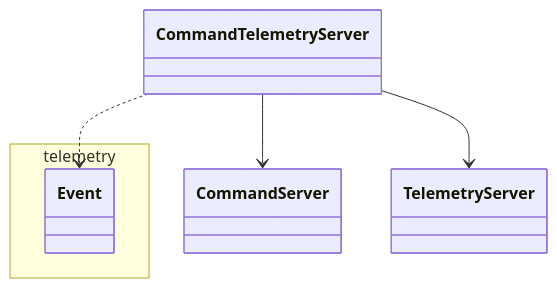
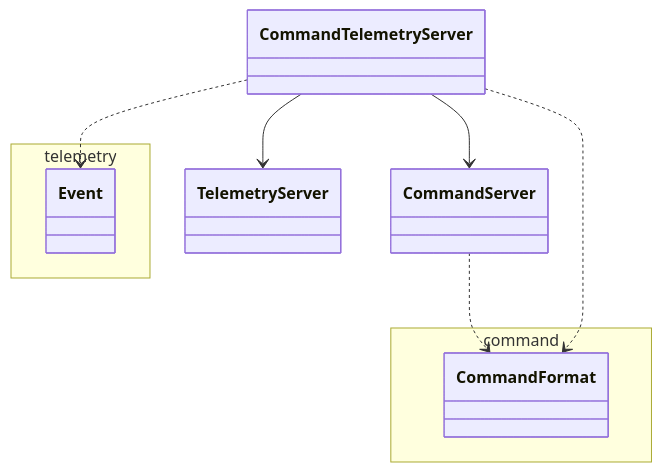
The third of 6 diagrams in doc/class_diagram.md (lsst-ts/ts_dynalene), drawn with Mermaid before and after one commit. The commit also changed other lines of this file and 10 other files, not shown here.

````diff
--- a/doc/class_diagram.md
+++ b/doc/class_diagram.md
@@ -79,11 +83,18 @@
 ```mermaid
 classDiagram
 
 namespace telemetry {
   class Event
 }
 
+namespace command {
+  class CommandFormat
+}
+
+CommandServer ..> CommandFormat
+
 CommandTelemetryServer --> CommandServer
 CommandTelemetryServer --> TelemetryServer
 CommandTelemetryServer ..> Event
+CommandTelemetryServer ..> CommandFormat
 ```
````
